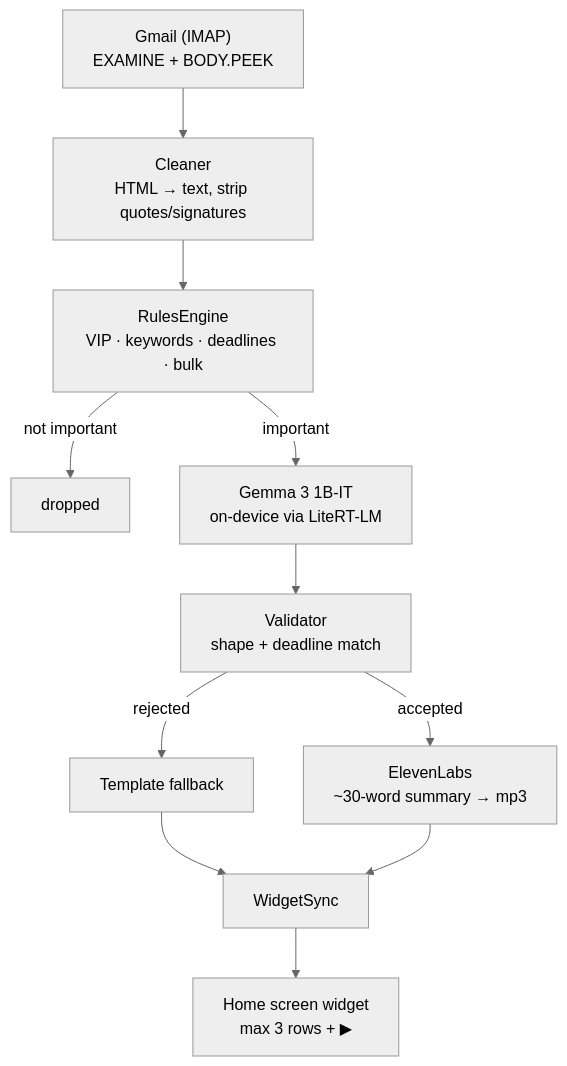
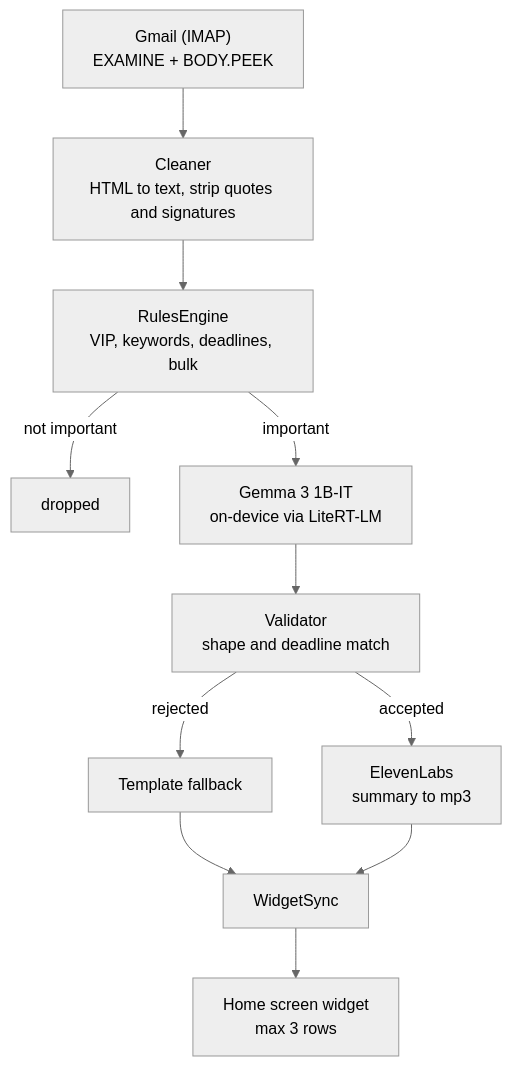
One commit to mudit-palvadi/heads-up changed the diagram in dev-post.md. Above: the diagram before and after it, drawn with Mermaid (neutral theme). The commit also changed other lines of this file, not shown here.

Commit message:
docs: strip submission TODOs from the DEV post

````diff
--- a/dev-post.md
+++ b/dev-post.md
@@ -109,13 +79,13 @@
 ```mermaid
 flowchart TD
-    A["Gmail (IMAP)<br/>EXAMINE + BODY.PEEK"] --> B["Cleaner<br/>HTML → text, strip quotes/signatures"]
-    B --> C["RulesEngine<br/>VIP · keywords · deadlines · bulk"]
+    A["Gmail (IMAP)<br/>EXAMINE + BODY.PEEK"] --> B["Cleaner<br/>HTML to text, strip quotes and signatures"]
+    B --> C["RulesEngine<br/>VIP, keywords, deadlines, bulk"]
     C -->|not important| X["dropped"]
     C -->|important| D["Gemma 3 1B-IT<br/>on-device via LiteRT-LM"]
-    D --> E["Validator<br/>shape + deadline match"]
+    D --> E["Validator<br/>shape and deadline match"]
     E -->|rejected| F["Template fallback"]
-    E -->|accepted| G["ElevenLabs<br/>~30-word summary → mp3"]
+    E -->|accepted| G["ElevenLabs<br/>summary to mp3"]
     F --> H["WidgetSync"]
     G --> H
-    H --> I["Home screen widget<br/>max 3 rows + ▶"]
+    H --> I["Home screen widget<br/>max 3 rows"]
 ```
````
